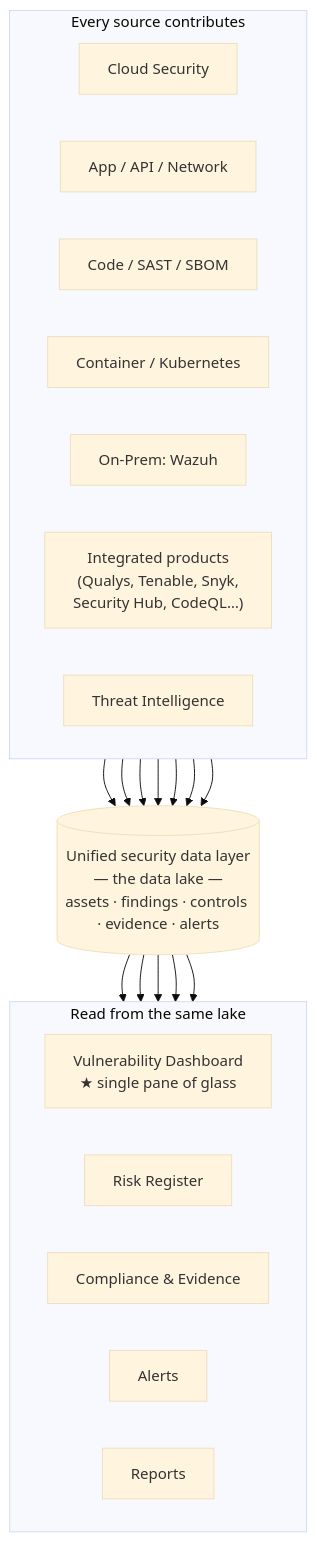
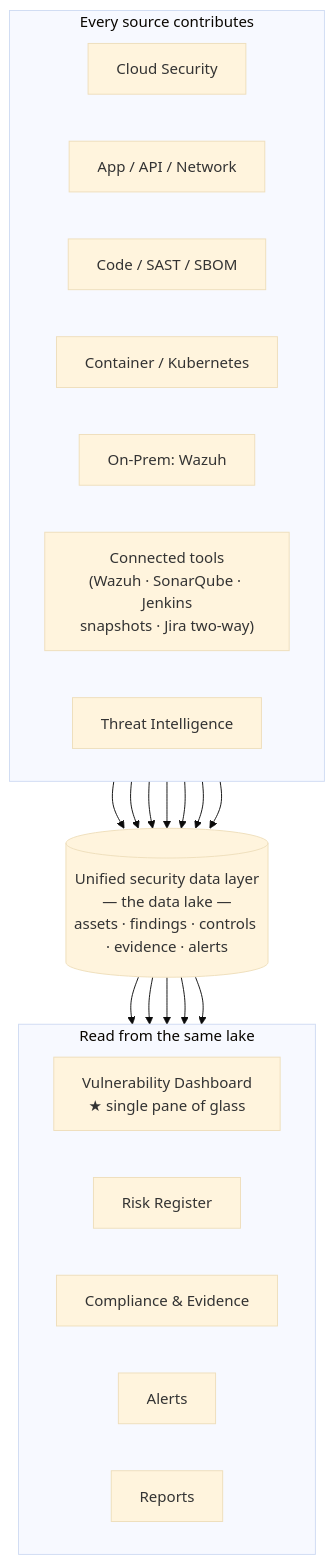
Before and after one commit to niteshsaini/offloadsecurity-docs: the diagram in docs/introduction/unified-data-layer.mdx, drawn with Mermaid (base theme). The commit also changed other lines of this file and 33 other files, not shown here.

````diff
--- a/docs/introduction/unified-data-layer.mdx
+++ b/docs/introduction/unified-data-layer.mdx
@@ -28,38 +28,38 @@
 ```mermaid
 flowchart TB
     subgraph Sources["Every source contributes"]
         direction LR
         CL["Cloud Security"]
         AP["App / API / Network"]
         CD["Code / SAST / SBOM"]
         CK["Container / Kubernetes"]
         WZ["On-Prem: Wazuh"]
-        TP["Integrated products<br/>(Qualys, Tenable, Snyk,<br/>Security Hub, CodeQL…)"]
+        TP["Connected tools<br/>(Wazuh · SonarQube · Jenkins<br/>snapshots · Jira two-way)"]
         TI["Threat Intelligence"]
     end
 
     LAKE[("Unified security data layer<br/>— the data lake —<br/>assets · findings · controls · evidence · alerts")]
 
     subgraph Panes["Read from the same lake"]
         direction LR
         VD["Vulnerability Dashboard<br/>★ single pane of glass"]
         RR["Risk Register"]
         CMP["Compliance & Evidence"]
         AL["Alerts"]
         REP["Reports"]
     end
 
     CL --> LAKE
     AP --> LAKE
     CD --> LAKE
     CK --> LAKE
     WZ --> LAKE
     TP --> LAKE
     TI --> LAKE
 
     LAKE --> VD
     LAKE --> RR
     LAKE --> CMP
     LAKE --> AL
     LAKE --> REP
 ```
````
